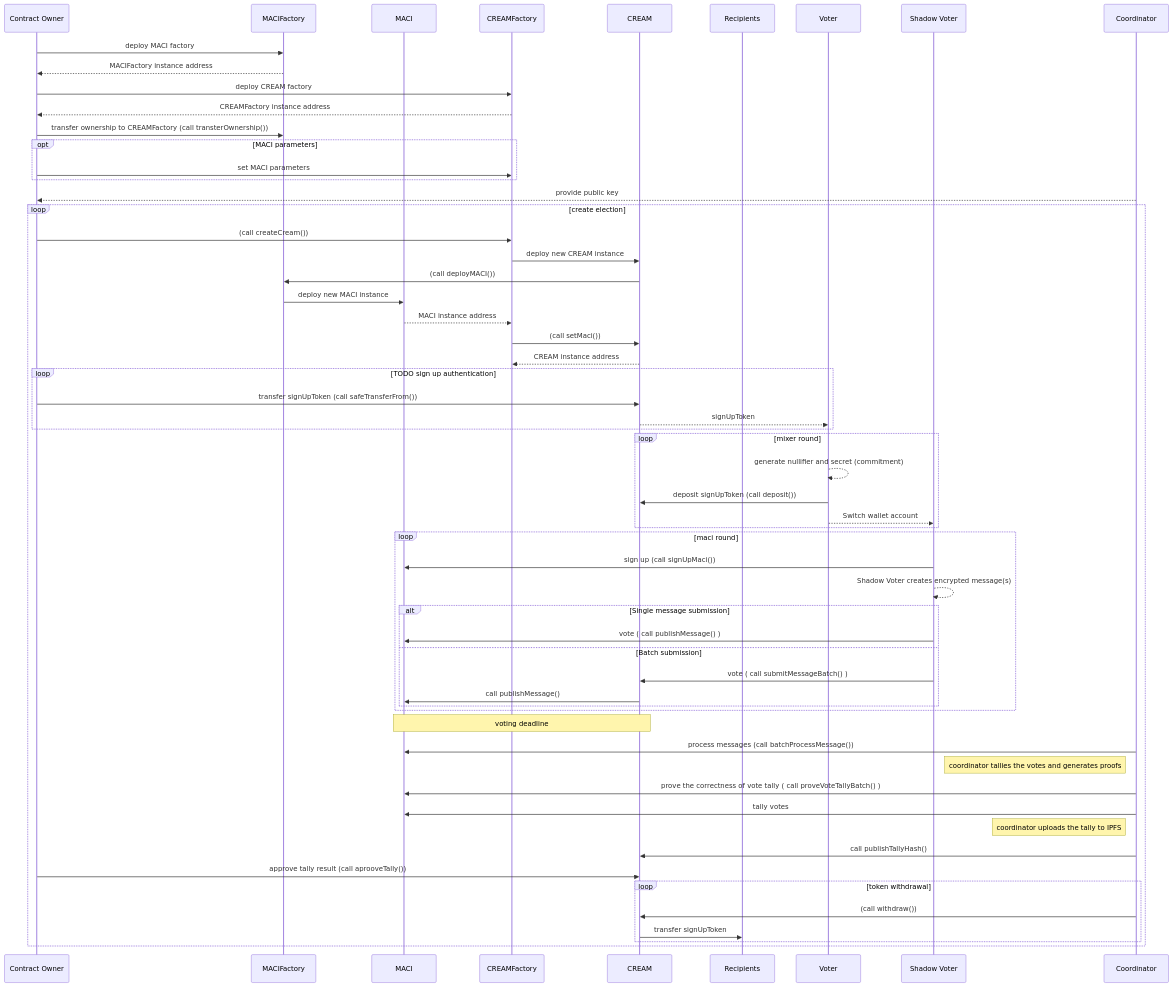
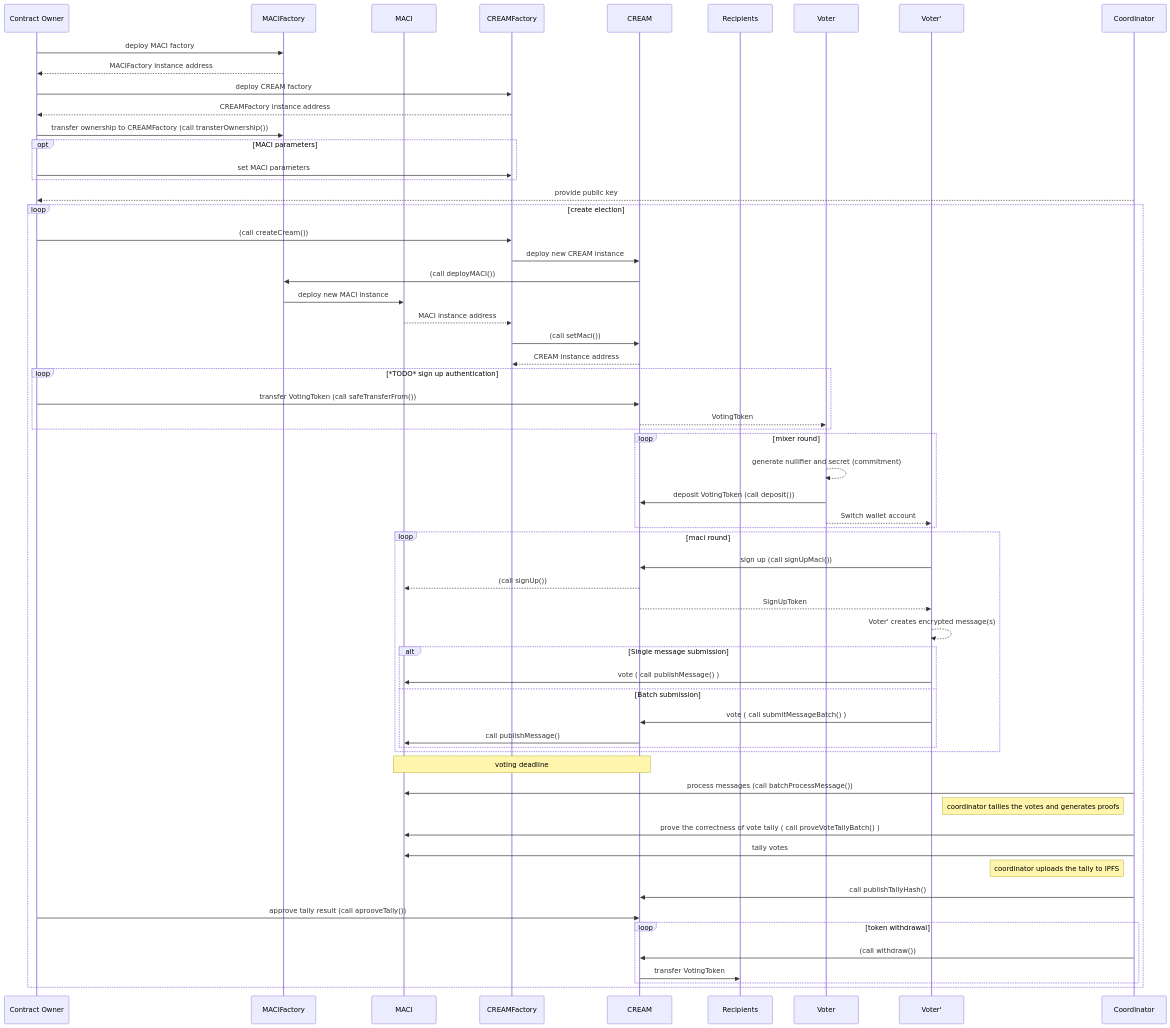
The diagram in sequence/flow.mmd (zkcream/docs), drawn with Mermaid before and after one commit.

Commit message:
Updated sequence

```diff
--- a/sequence/flow.mmd
+++ b/sequence/flow.mmd
@@ -1,68 +1,68 @@
 sequenceDiagram
     participant Contract Owner
     participant MACIFactory
     participant MACI
     participant CREAMFactory
     participant CREAM
     participant Recipients
     participant Voter
-    participant Shadow Voter
+    participant Voter'
     participant Coordinator
 
     Contract Owner ->> MACIFactory: deploy MACI factory
     MACIFactory -->> Contract Owner: MACIFactory instance address
     Contract Owner ->> CREAMFactory: deploy CREAM factory
     CREAMFactory -->> Contract Owner: CREAMFactory instance address
     Contract Owner ->> MACIFactory: transfer ownership to CREAMFactory (call transterOwnership())
     opt MACI parameters
       Contract Owner ->> CREAMFactory: set MACI parameters
     end
     Coordinator -->> Contract Owner: provide public key
 
     loop create election
       Contract Owner ->> CREAMFactory: (call createCream())
       CREAMFactory ->> CREAM: deploy new CREAM instance
       # CREAM ->> Recipients: (set recipients[])
       CREAM ->> MACIFactory: (call deployMACI())
       MACIFactory ->> MACI: deploy new MACI instance
       MACI -->> CREAMFactory: MACI instance address
       CREAMFactory ->> CREAM: (call setMaci())
       CREAM -->> CREAMFactory: CREAM instance address
 
-      loop TODO sign up authentication
-        Contract Owner ->> CREAM: transfer signUpToken (call safeTransferFrom())
-        CREAM -->> Voter: signUpToken
+      loop *TODO* sign up authentication
+        Contract Owner ->> CREAM: transfer VotingToken (call safeTransferFrom())
+        CREAM -->> Voter: VotingToken
       end
 
       loop mixer round
         Voter -->> Voter: generate nullifier and secret (commitment)
-        Voter ->> CREAM: deposit signUpToken (call deposit())
-        # Shadow Voter ->> CREAM: select recipient with proof of deposit (call withdraw())
-        Voter -->> Shadow Voter: Switch wallet account
+        Voter ->> CREAM: deposit VotingToken (call deposit())
+        Voter -->> Voter': Switch wallet account
       end
       loop maci round
-        Shadow Voter ->> MACI: sign up (call signUpMaci())
-        Shadow Voter -->> Shadow Voter: Shadow Voter creates encrypted message(s)
+        Voter' ->> CREAM: sign up (call signUpMaci())
+        CREAM -->> MACI: (call signUp())
+        CREAM -->> Voter': SignUpToken
+        Voter' -->> Voter': Voter' creates encrypted message(s)
         alt Single message submission
-          Shadow Voter ->> MACI: vote ( call publishMessage() )
+          Voter' ->> MACI: vote ( call publishMessage() )
         else Batch submission
-          Shadow Voter ->> CREAM: vote ( call submitMessageBatch() )
+          Voter' ->> CREAM: vote ( call submitMessageBatch() )
           CREAM ->> MACI: call publishMessage()
         end
       end
 
       Note over CREAM, MACI: voting deadline
 
       Coordinator ->> MACI: process messages (call batchProcessMessage())
       Note left of Coordinator: coordinator tallies the votes and generates proofs
       Coordinator ->> MACI: prove the correctness of vote tally ( call proveVoteTallyBatch() )
       Coordinator ->> MACI: tally votes
       Note left of Coordinator: coordinator uploads the tally to IPFS
       Coordinator ->> CREAM: call publishTallyHash()
       Contract Owner ->> CREAM: approve tally result (call aprooveTally())
       loop token withdrawal
-        # TODO batch TX? Who should call this method?
         Coordinator ->> CREAM: (call withdraw())
-        CREAM ->> Recipients: transfer signUpToken
+        CREAM ->> Recipients: transfer VotingToken
       end
     end
```
